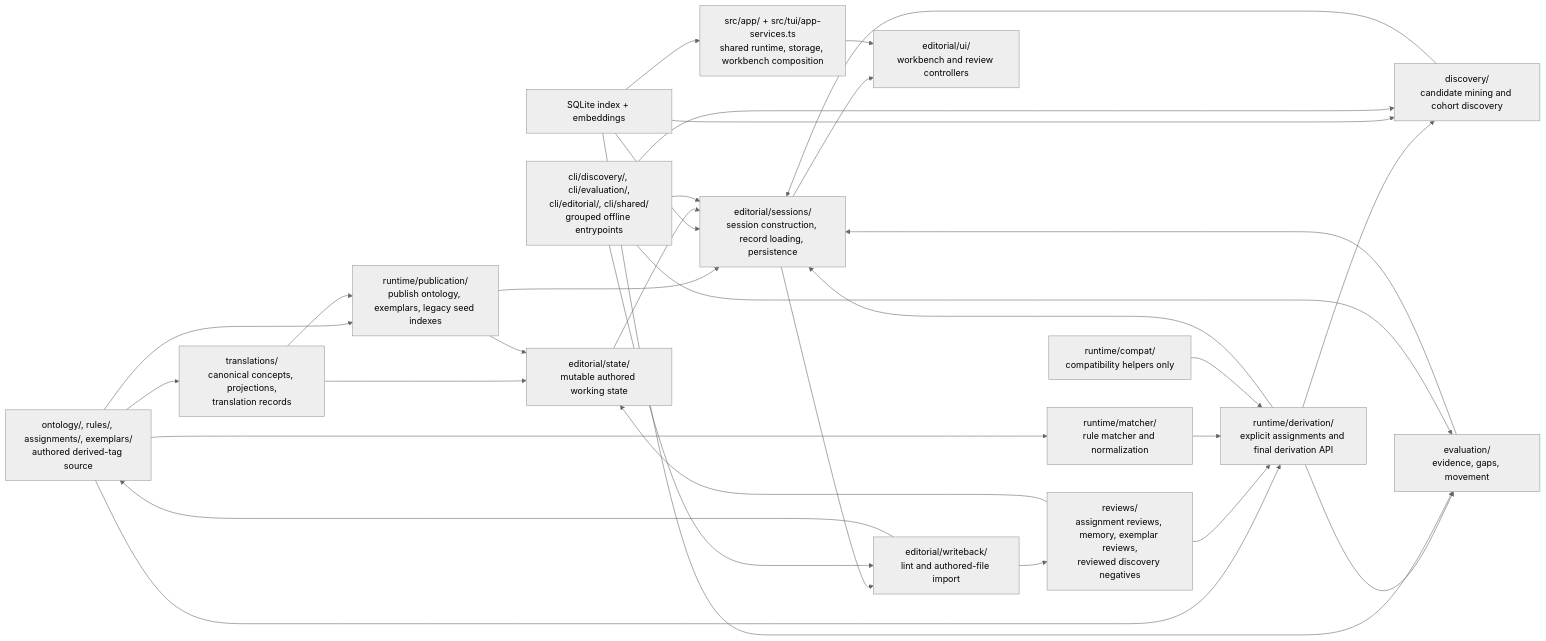
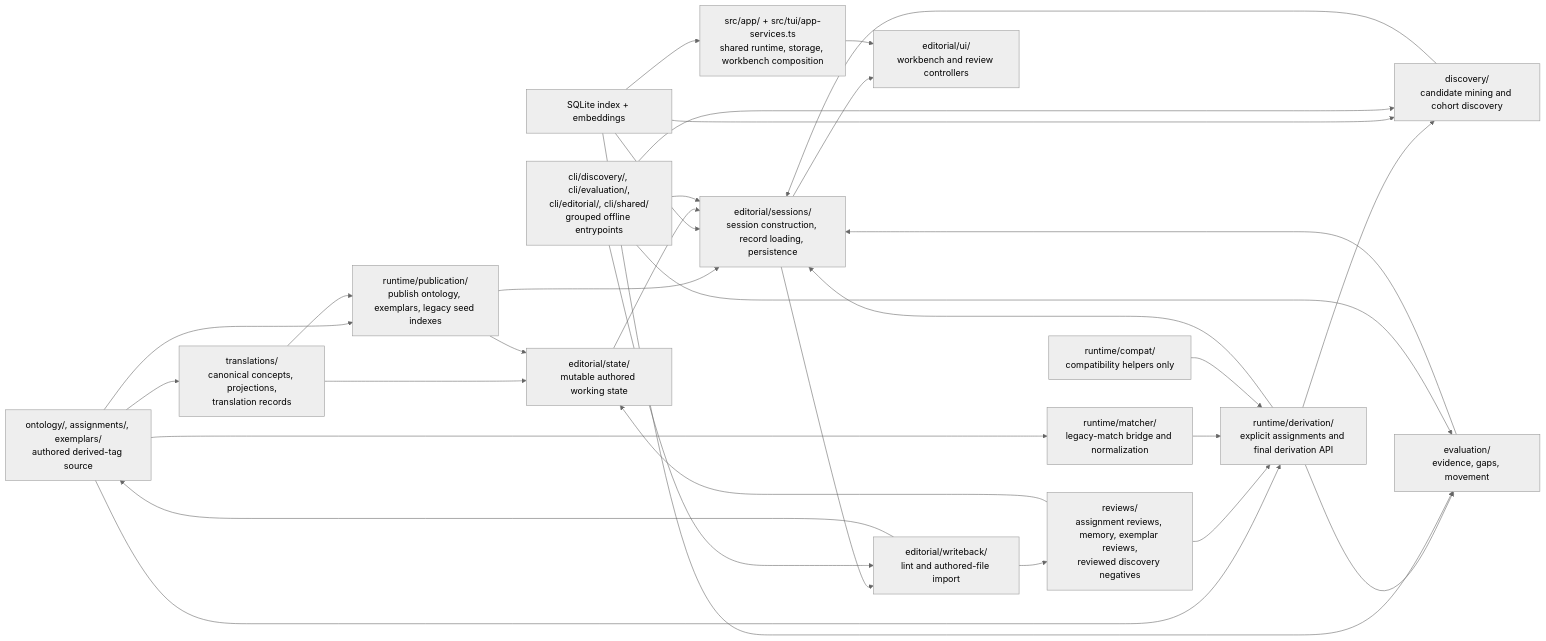
One commit to e-kosten/pf2e-atlas changed the diagram in docs/architecture/editorial.md. Above: the diagram before and after it, drawn with Mermaid (neutral theme). The commit also changed other lines of this file and 35 other files, not shown here.

Commit message:
refactor(tags): consolidate legacy-to-current derived-tag runtime split

````diff
--- a/docs/architecture/editorial.md
+++ b/docs/architecture/editorial.md
@@ -28,55 +28,55 @@
 ```mermaid
 flowchart LR
-  authored["ontology/, rules/, assignments/, exemplars/<br/>authored derived-tag source"]
+  authored["ontology/, assignments/, exemplars/<br/>authored derived-tag source"]
   translations["translations/<br/>canonical concepts, projections,<br/>translation records"]
   reviews["reviews/<br/>assignment reviews, memory, exemplar reviews,<br/>reviewed discovery negatives"]
   runtimePub["runtime/publication/<br/>publish ontology, exemplars, legacy seed indexes"]
   runtimeDerive["runtime/derivation/<br/>explicit assignments and final derivation API"]
-  runtimeMatch["runtime/matcher/<br/>rule matcher and normalization"]
+  runtimeMatch["runtime/matcher/<br/>legacy-match bridge and normalization"]
   runtimeCompat["runtime/compat/<br/>compatibility helpers only"]
   discovery["discovery/<br/>candidate mining and cohort discovery"]
   evaluation["evaluation/<br/>evidence, gaps, movement"]
   editorialState["editorial/state/<br/>mutable authored working state"]
   editorialSessions["editorial/sessions/<br/>session construction, record loading, persistence"]
   editorialWriteback["editorial/writeback/<br/>lint and authored-file import"]
   editorialUi["editorial/ui/<br/>workbench and review controllers"]
   cli["cli/discovery/, cli/evaluation/,<br/>cli/editorial/, cli/shared/<br/>grouped offline entrypoints"]
   app["src/app/ + src/tui/app-services.ts<br/>shared runtime, storage, workbench composition"]
   index["SQLite index + embeddings"]
 
   authored --> translations
   authored --> runtimePub
   authored --> runtimeDerive
   authored --> runtimeMatch
   translations --> runtimePub
   translations --> editorialState
   reviews --> runtimeDerive
   reviews --> editorialState
   runtimeMatch --> runtimeDerive
   runtimeCompat --> runtimeDerive
 
   runtimeDerive --> discovery
   runtimeDerive --> evaluation
   runtimeDerive --> editorialSessions
   runtimePub --> editorialState
   runtimePub --> editorialSessions
 
   index --> discovery
   index --> evaluation
   index --> editorialSessions
   index --> app
 
   discovery --> editorialSessions
   evaluation --> editorialSessions
   editorialState --> editorialSessions
   editorialSessions --> editorialWriteback
   editorialSessions --> editorialUi
   editorialWriteback --> authored
   editorialWriteback --> reviews
 
   cli --> discovery
   cli --> evaluation
   cli --> editorialSessions
   cli --> editorialWriteback
   app --> editorialUi
 ```
````
